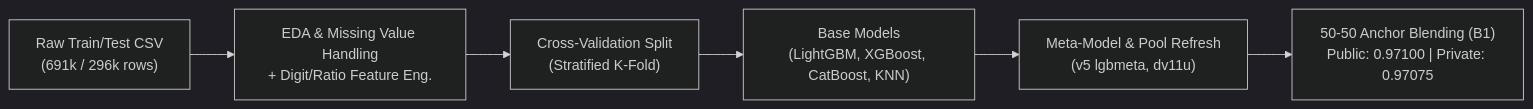
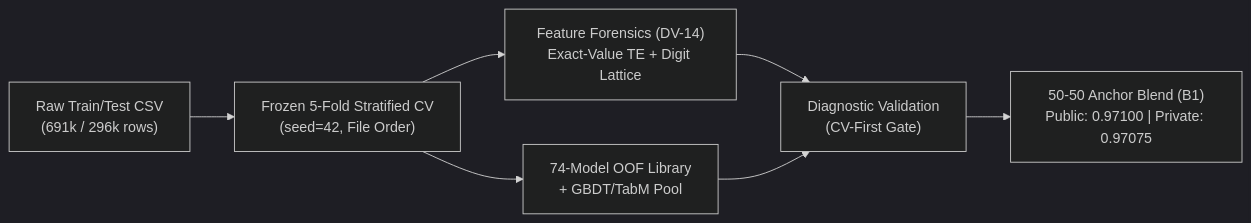
The diagram in README.md (23f3002964/kaggle-playground-s6e8), drawn with Mermaid (dark theme) before and after one commit. The commit also changed other lines of this file, not shown here.

````diff
--- a/README.md
+++ b/README.md
@@ -45,8 +47,9 @@
 ```mermaid
 flowchart LR
-    A["Raw Train/Test CSV<br/>(691k / 296k rows)"] --> B["EDA & Missing Value Handling<br/>+ Digit/Ratio Feature Eng."]
-    B --> C["Cross-Validation Split<br/>(Stratified K-Fold)"]
-    C --> D["Base Models<br/>(LightGBM, XGBoost, CatBoost, KNN)"]
-    D --> E["Meta-Model & Pool Refresh<br/>(v5 lgbmeta, dv11u)"]
-    E --> F["50-50 Anchor Blending (B1)<br/>Public: 0.97100 | Private: 0.97075"]
+    A["Raw Train/Test CSV<br/>(691k / 296k rows)"] --> B["Frozen 5-Fold Stratified CV<br/>(seed=42, File Order)"]
+    B --> C["Feature Forensics (DV-14)<br/>Exact-Value TE + Digit Lattice"]
+    B --> D["74-Model OOF Library<br/>+ GBDT/TabM Pool"]
+    C --> E["Diagnostic Validation<br/>(CV-First Gate)"]
+    D --> E
+    E --> F["50-50 Anchor Blend (B1)<br/>Public: 0.97100 | Private: 0.97075"]
 ```
````
